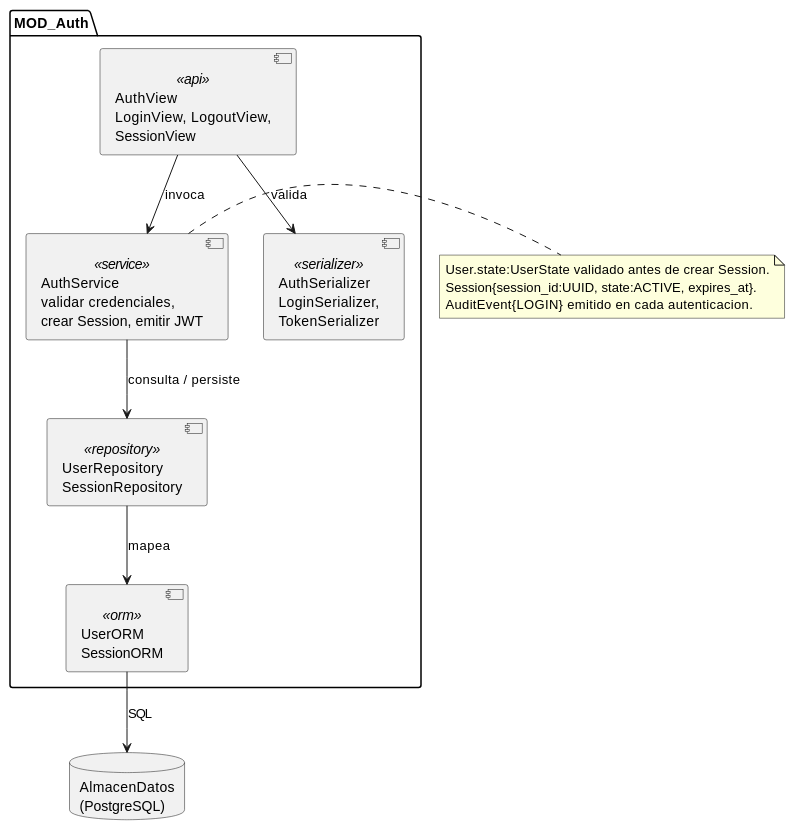
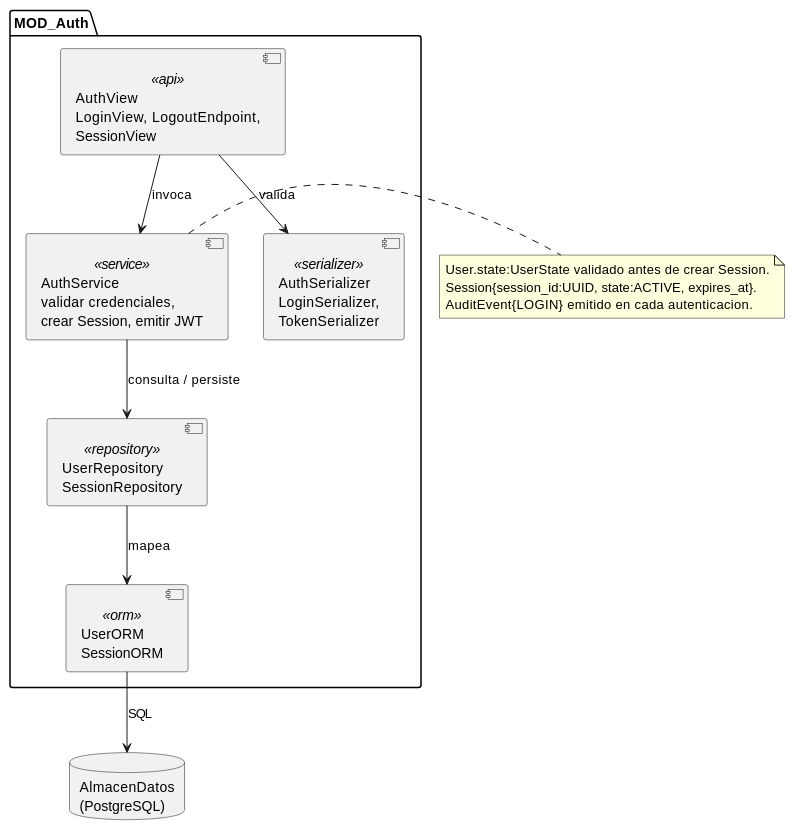
The diagram in source/arquitectura-tecnica/implementation-view/impl-auth.rst (jcg-admin/IACT-docs), drawn with PlantUML before and after one commit. The commit also changed 21 other files, not shown here.

```diff
--- a/source/arquitectura-tecnica/implementation-view/impl-auth.rst
+++ b/source/arquitectura-tecnica/implementation-view/impl-auth.rst
@@ -22,28 +22,28 @@
 .. uml::
  :caption: Implementation View MOD_Auth — componentes de autenticacion.
 
  @startuml
 
  package "MOD_Auth" {
-   component "AuthView\nLoginView, LogoutView,\nSessionView" as AuthView <<api>>
+   component "AuthView\nLoginView, LogoutEndpoint,\nSessionView" as AuthView <<api>>
    component "AuthSerializer\nLoginSerializer,\nTokenSerializer" as AuthSerializer <<serializer>>
    component "AuthService\nvalidar credenciales,\ncrear Session, emitir JWT" as AuthService <<service>>
    component "UserRepository\nSessionRepository" as AuthRepo <<repository>>
    component "UserORM\nSessionORM" as AuthORM <<orm>>
  }
 
  database "AlmacenDatos\n(PostgreSQL)" as AlmacenDatos
 
  AuthView --> AuthSerializer : valida
  AuthView --> AuthService : invoca
  AuthService --> AuthRepo : consulta / persiste
  AuthRepo --> AuthORM : mapea
  AuthORM --> AlmacenDatos : SQL
 
  note right of AuthService
    User.state:UserState validado antes de crear Session.
    Session{session_id:UUID, state:ACTIVE, expires_at}.
    AuditEvent{LOGIN} emitido en cada autenticacion.
  end note
 
  @enduml
```
